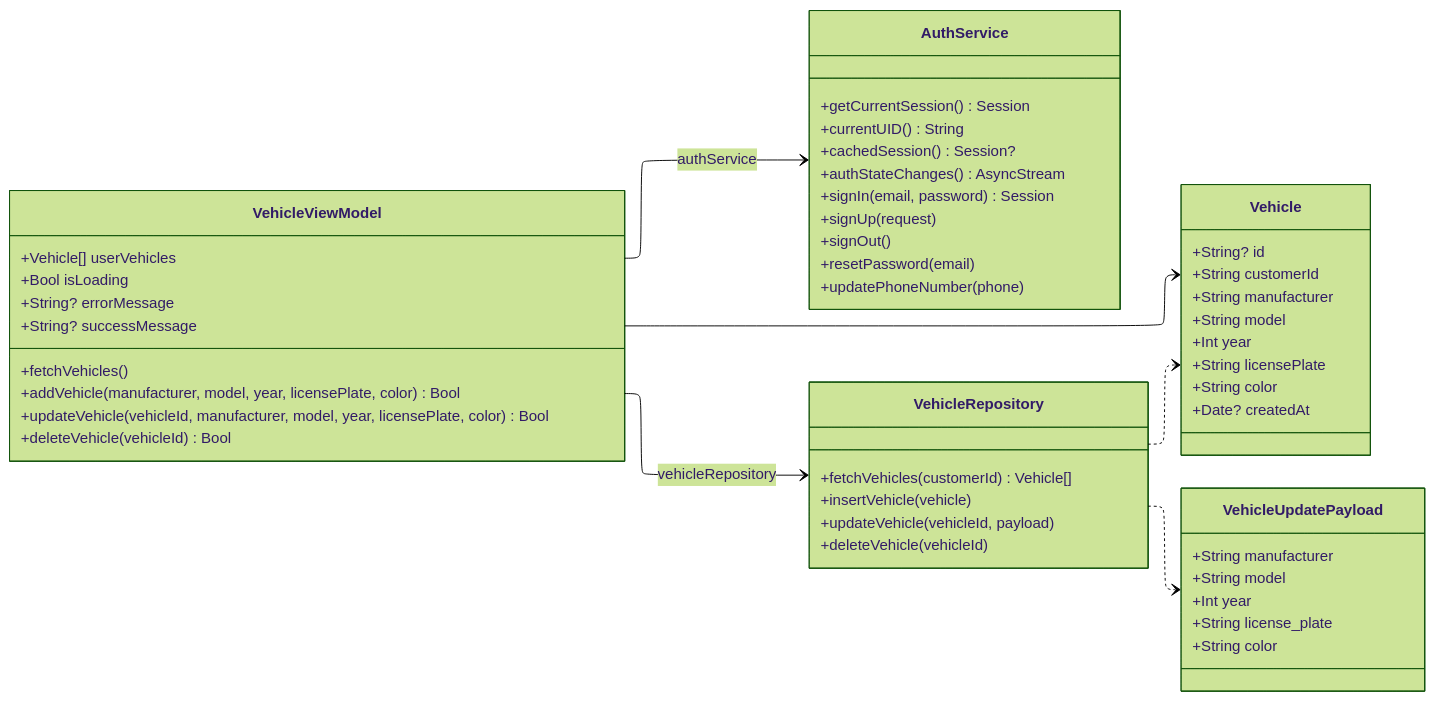
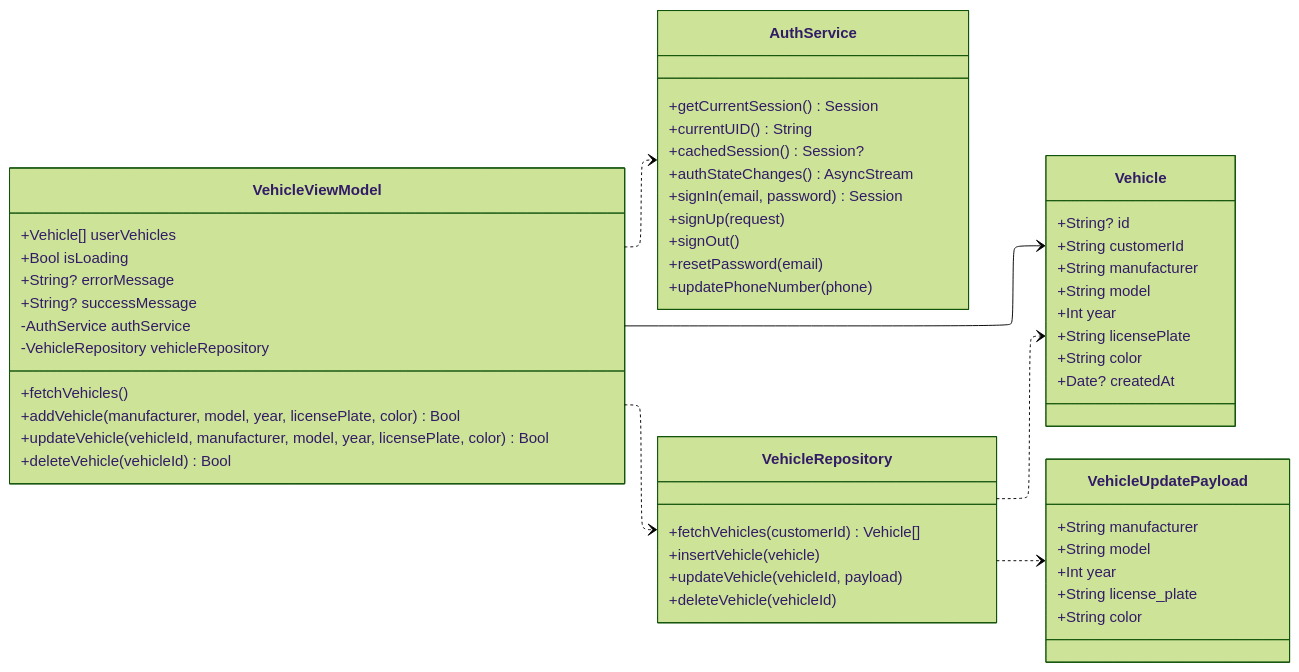
One commit to rei-soemanto/BengkelIn_SE changed the third of 12 diagrams in diagram/feature-class-diagrams.md. Above: the diagram before and after it, drawn with Mermaid (forest theme). The commit also changed other lines of this file and 2 other files, not shown here.

Commit message:
Added images

````diff
--- a/diagram/feature-class-diagrams.md
+++ b/diagram/feature-class-diagrams.md
@@ -197,63 +197,65 @@
 ```mermaid
 ---
 config:
   layout: elk
   elk:
     nodePlacementStrategy: LINEAR_SEGMENTS
     mergeEdges: false
 ---
 classDiagram
     direction LR
 
     class AuthService {
         +getCurrentSession() Session
         +currentUID() String
         +cachedSession() Session?
         +authStateChanges() AsyncStream
         +signIn(email, password) Session
         +signUp(request)
         +signOut()
         +resetPassword(email)
         +updatePhoneNumber(phone)
     }
     class VehicleRepository {
         +fetchVehicles(customerId) Vehicle[]
         +insertVehicle(vehicle)
         +updateVehicle(vehicleId, payload)
         +deleteVehicle(vehicleId)
     }
     class VehicleViewModel {
         +Vehicle[] userVehicles
         +Bool isLoading
         +String? errorMessage
         +String? successMessage
+        -AuthService authService
+        -VehicleRepository vehicleRepository
         +fetchVehicles()
         +addVehicle(manufacturer, model, year, licensePlate, color) Bool
         +updateVehicle(vehicleId, manufacturer, model, year, licensePlate, color) Bool
         +deleteVehicle(vehicleId) Bool
     }
     class Vehicle {
         +String? id
         +String customerId
         +String manufacturer
         +String model
         +Int year
         +String licensePlate
         +String color
         +Date? createdAt
     }
     class VehicleUpdatePayload {
         +String manufacturer
         +String model
         +Int year
         +String license_plate
         +String color
     }
 
-    VehicleViewModel --> AuthService : authService
-    VehicleViewModel --> VehicleRepository : vehicleRepository
+    VehicleViewModel ..> AuthService
+    VehicleViewModel ..> VehicleRepository
     VehicleViewModel --> Vehicle
     VehicleRepository ..> Vehicle
     VehicleRepository ..> VehicleUpdatePayload
 
 ```
````
